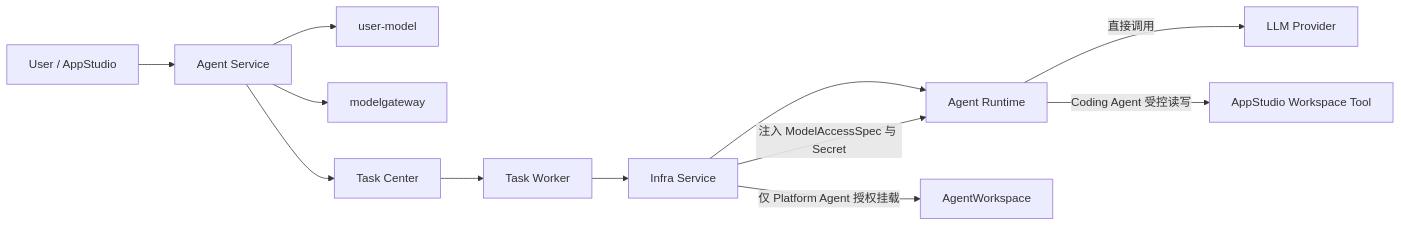
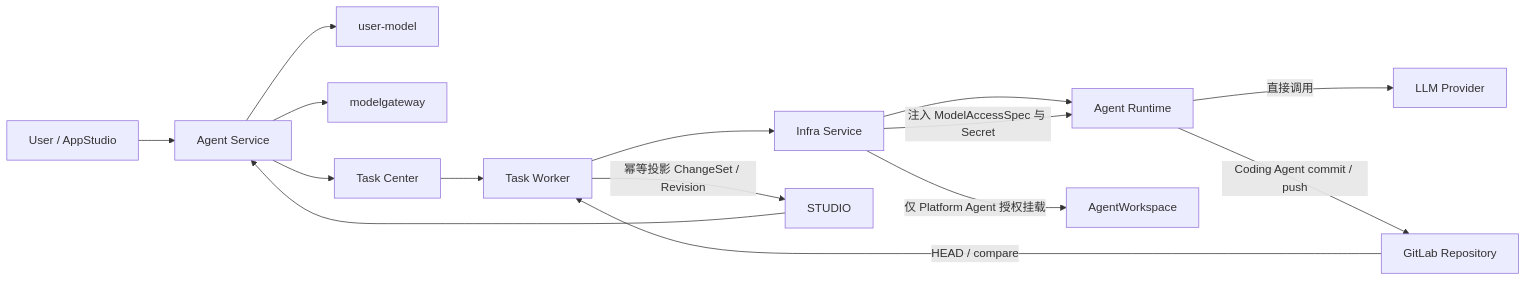
The ninth of 9 diagrams in 00_product/domains/agent/product-spec.md (wangweihong/omnimam-spec), drawn with Mermaid before and after one commit. The commit also changed other lines of this file and 21 other files, not shown here.

````diff
--- a/00_product/domains/agent/product-spec.md
+++ b/00_product/domains/agent/product-spec.md
@@ -2707,28 +2708,31 @@
 ```mermaid
 flowchart LR
     USER[User / AppStudio]
     AS[Agent Service]
     MM[user-model]
     MG[modelgateway]
     INFRA[Infra Service]
     AGENT[Agent Runtime]
     LLM[LLM Provider]
     AWS[AgentWorkspace]
-    ST[AppStudio Workspace Tool]
+    GL[GitLab Repository]
     TC[Task Center]
 
     USER --> AS
+    STUDIO --> AS
 
     AS --> MM
     AS --> MG
     AS --> TC
 
     TC --> WORKER[Task Worker]
     WORKER --> INFRA
     INFRA --> AGENT
     INFRA -->|仅 Platform Agent 授权挂载| AWS
     INFRA -->|注入 ModelAccessSpec 与 Secret| AGENT
 
     AGENT -->|直接调用| LLM
-    AGENT -->|Coding Agent 受控读写| ST
+    AGENT -->|Coding Agent commit / push| GL
+    GL -->|HEAD / compare| WORKER
+    WORKER -->|幂等投影 ChangeSet / Revision| STUDIO
 ```
````
